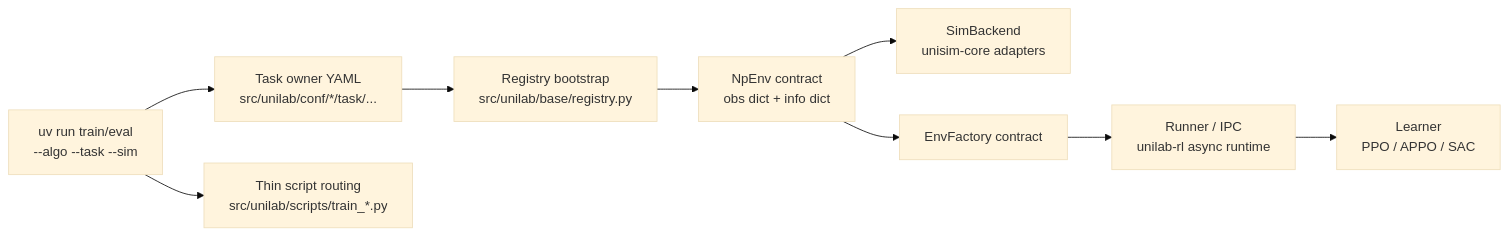
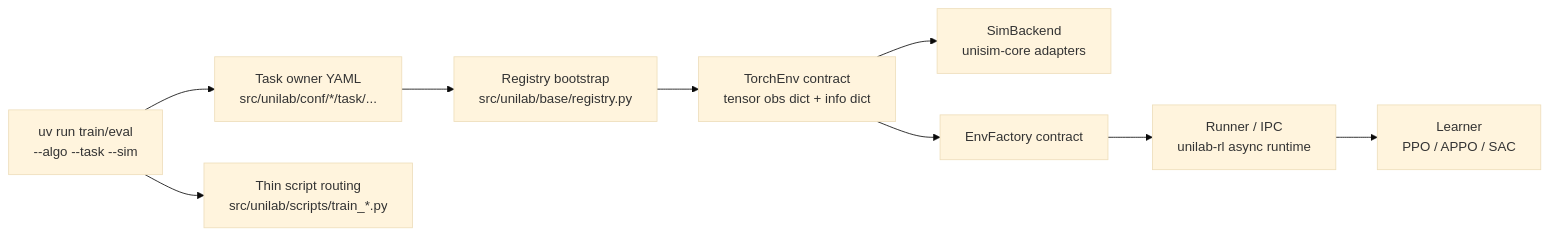
The diagram in docs/sphinx/source/en/0-index.md (EtherealTide/UniLab), drawn with Mermaid (base theme) before and after one commit. The commit also changed 52 other files, not shown here.

````diff
--- a/docs/sphinx/source/en/0-index.md
+++ b/docs/sphinx/source/en/0-index.md
@@ -132,11 +132,11 @@
 ```{mermaid}
 flowchart LR
   cli["uv run train/eval<br/>--algo --task --sim"] --> owner["Task owner YAML<br/>src/unilab/conf/*/task/..."]
   cli --> script["Thin script routing<br/>src/unilab/scripts/train_*.py"]
   owner --> registry["Registry bootstrap<br/>src/unilab/base/registry.py"]
-  registry --> env["NpEnv contract<br/>obs dict + info dict"]
+  registry --> env["TorchEnv contract<br/>tensor obs dict + info dict"]
   env --> backend["SimBackend<br/>unisim-core adapters"]
   env --> factory["EnvFactory contract"]
   factory --> runtime["Runner / IPC<br/>unilab-rl async runtime"]
   runtime --> learner["Learner<br/>PPO / APPO / SAC"]
 ```
````
